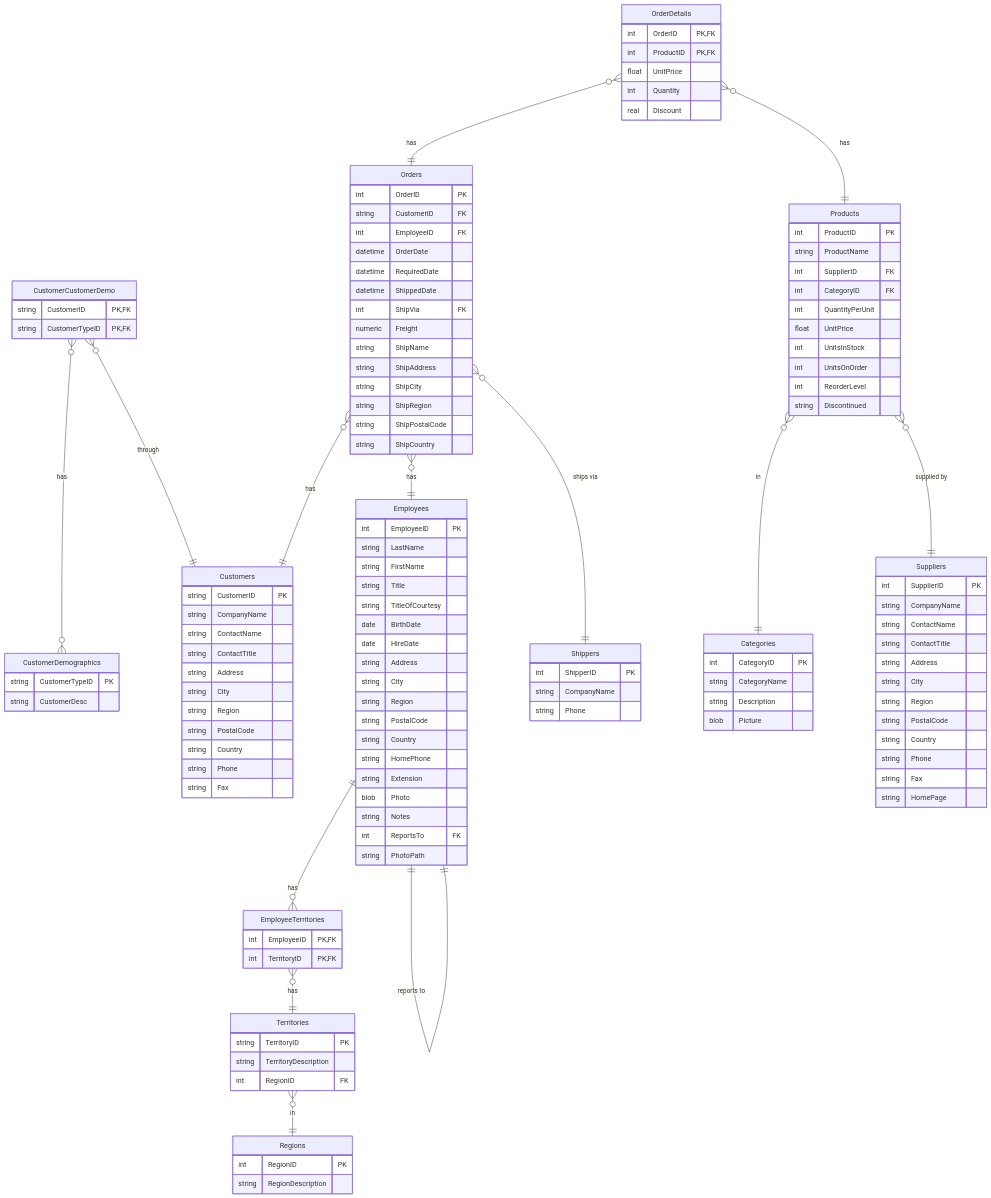
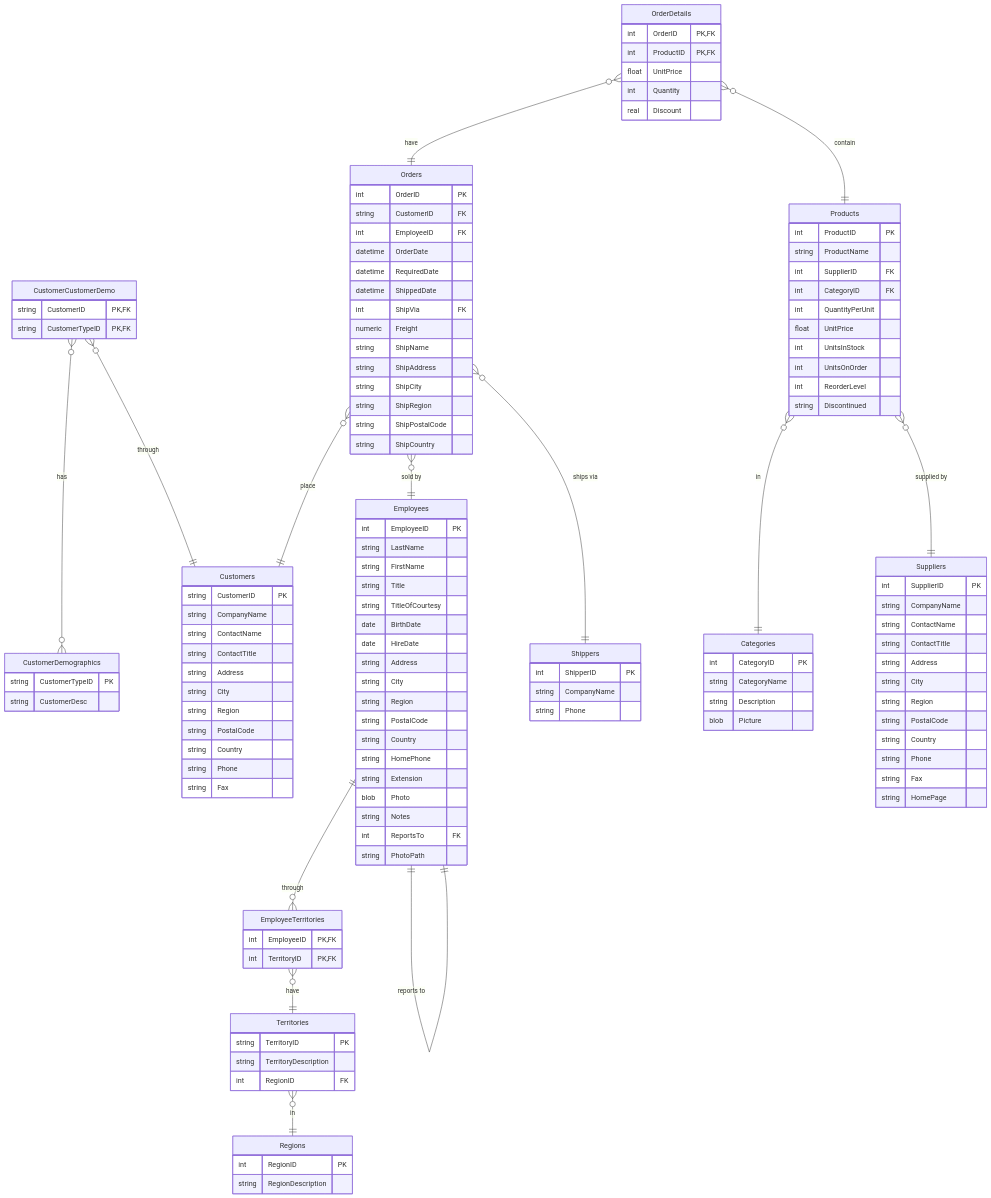
The diagram in README.md (jpwhite3/northwind-SQLite3), drawn with Mermaid before and after one commit.

Commit message:
Updating relationship labels

```diff
--- a/README.md
+++ b/README.md
@@ -17,16 +17,16 @@
     CustomerCustomerDemo }o--o{ CustomerDemographics : has
     CustomerCustomerDemo }o--|| Customers : through
     Employees ||--|| Employees : "reports to"
-    Employees ||--o{ EmployeeTerritories : has
+    Employees ||--o{ EmployeeTerritories : through
     Orders }o--|| Shippers : "ships via"
-    OrderDetails }o--|| Orders : has
-    OrderDetails }o--|| Products : has
+    OrderDetails }o--|| Orders : have
+    OrderDetails }o--|| Products : contain
     Products }o--|| Categories : in
     Products }o--|| Suppliers : "supplied by"
     Territories }o--|| Regions : in
-    EmployeeTerritories }o--|| Territories : has
-    Orders }o--|| Customers : has
-    Orders }o--|| Employees : has
+    EmployeeTerritories }o--|| Territories : have
+    Orders }o--|| Customers : place
+    Orders }o--|| Employees : "sold by"
 
 
     Categories {
```
